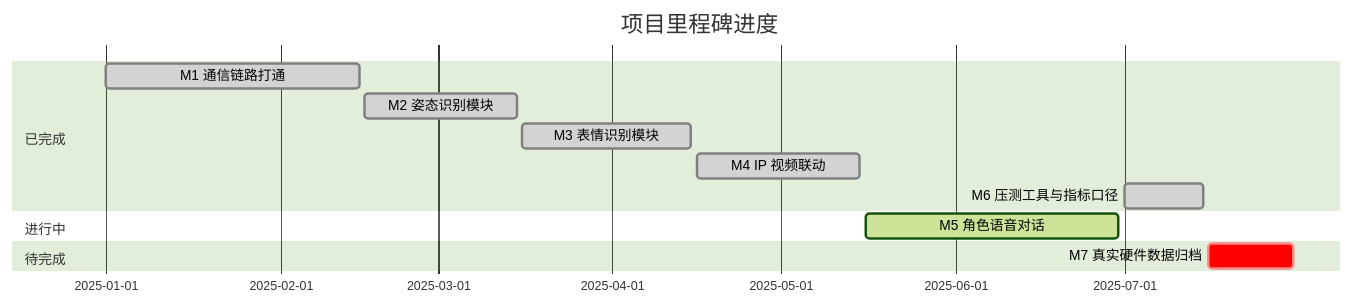
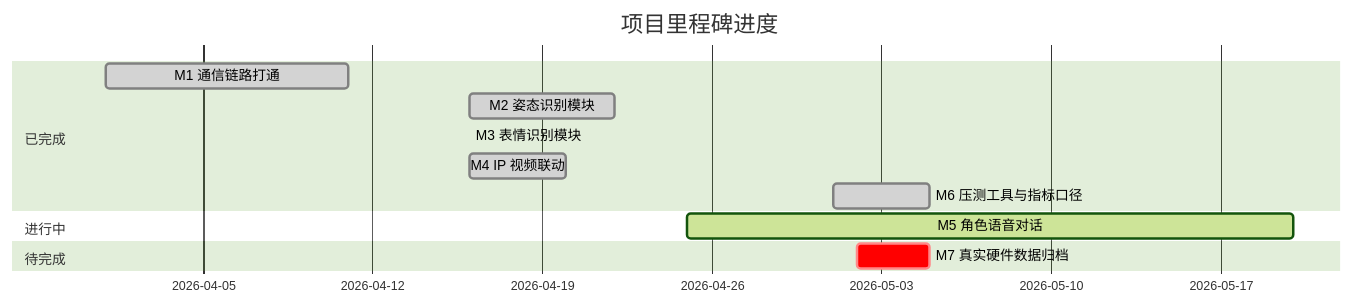
One commit to wanone111/ciciec_ascend changed the ninth of 10 diagrams in docs/智能视觉交互系统报告.md. Above: the diagram before and after it, drawn with Mermaid (forest theme). The commit also changed other lines of this file and 8 other files, not shown here.

````diff
--- a/docs/智能视觉交互系统报告.md
+++ b/docs/智能视觉交互系统报告.md
@@ -632,15 +632,15 @@
 ```mermaid
 gantt
     title 项目里程碑进度
     dateFormat  YYYY-MM-DD
     section 已完成
-    M1 通信链路打通       :done, m1, 2025-01-01, 2025-02-15
-    M2 姿态识别模块       :done, m2, 2025-02-16, 2025-03-15
-    M3 表情识别模块       :done, m3, 2025-03-16, 2025-04-15
-    M4 IP 视频联动        :done, m4, 2025-04-16, 2025-05-15
-    M6 压测工具与指标口径 :done, m6, 2025-07-01, 2025-07-15
+    M1 通信链路打通       :done, m1, 2026-04-01, 2026-04-11
+    M2 姿态识别模块       :done, m2, 2026-04-16, 2026-04-22
+    M3 表情识别模块       :done, m3, 2026-04-16, 2026-04-16
+    M4 IP 视频联动        :done, m4, 2026-04-16, 2026-04-20
+    M6 压测工具与指标口径 :done, m6, 2026-05-01, 2026-05-05
     section 进行中
-    M5 角色语音对话       :active, m5, 2025-05-16, 2025-06-30
+    M5 角色语音对话       :active, m5, 2026-04-25, 2026-05-20
     section 待完成
-    M7 真实硬件数据归档   :crit, m7, 2025-07-16, 2025-07-31
+    M7 真实硬件数据归档   :crit, m7, 2026-05-02, 2026-05-05
 ```
````
